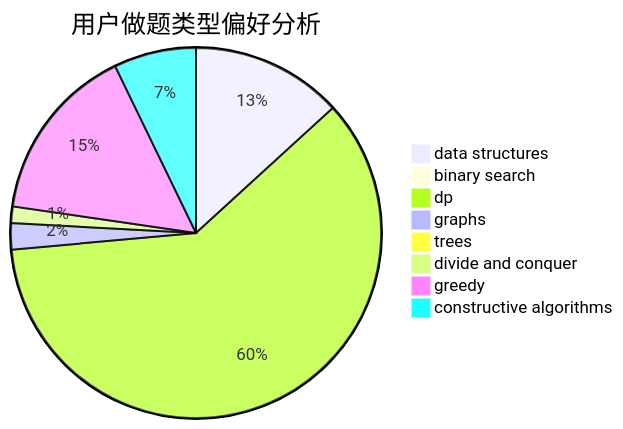
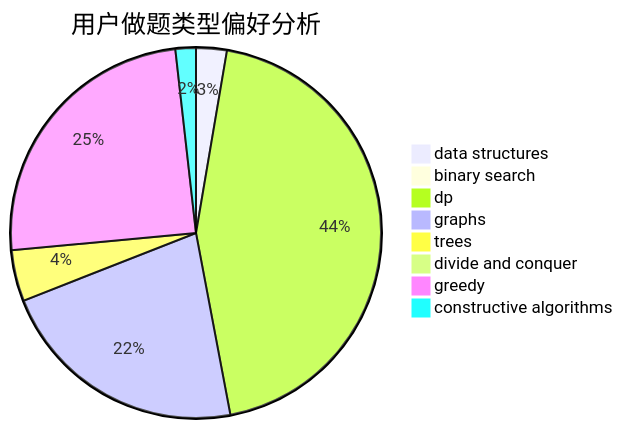
One commit to sherpahu/cfrs.github.io changed the second of 3 diagrams in docs/user/u2469.md. Above: the diagram before and after it, drawn with Mermaid. The commit also changed other lines of this file and 2770 other files, not shown here.

````diff
--- a/docs/user/u2469.md
+++ b/docs/user/u2469.md
@@ -23,11 +23,11 @@
 ```mermaid
 pie title 用户做题类型偏好分析
-    "data structures" :  46
+    "data structures" :  9
     "binary search" :  1
-    "dp" :  210
-    "graphs" :  8
-    "trees" :  3
-    "divide and conquer" :  5
-    "greedy" :  54
-    "constructive algorithms" :  25
+    "dp" :  149
+    "graphs" :  74
+    "trees" :  15
+    "divide and conquer" :  0
+    "greedy" :  83
+    "constructive algorithms" :  6
 ```
````
